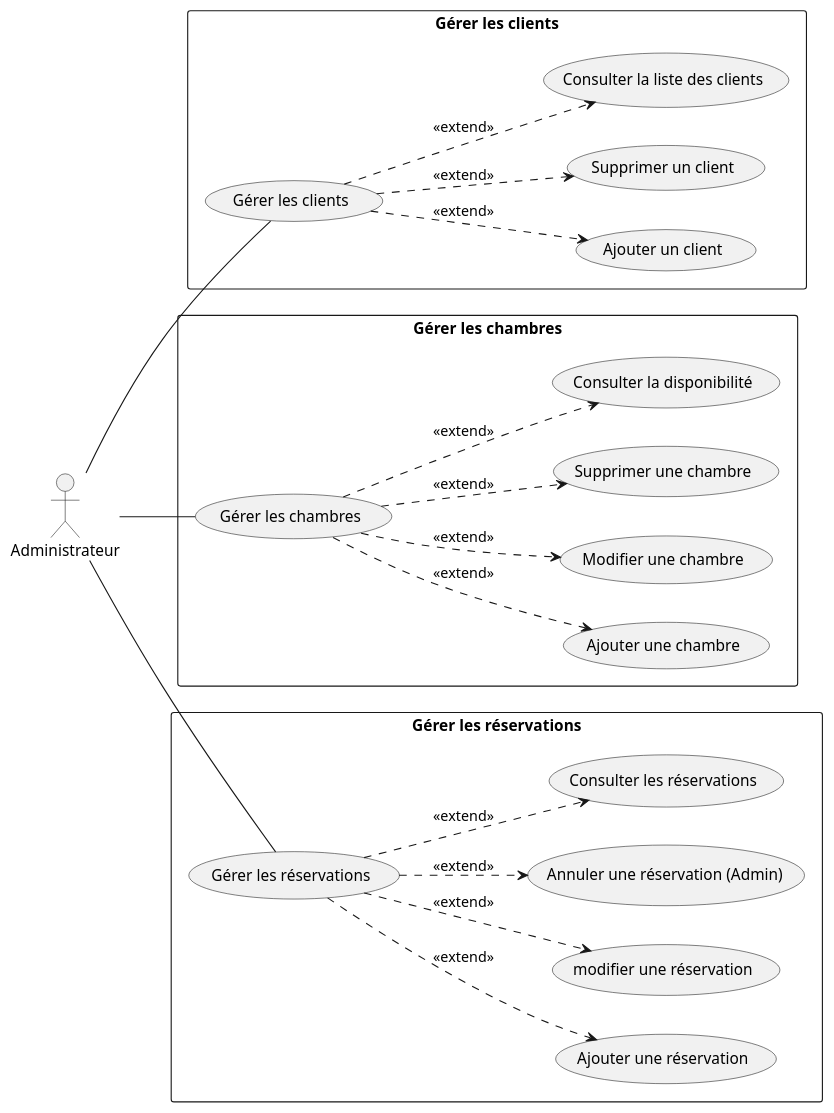
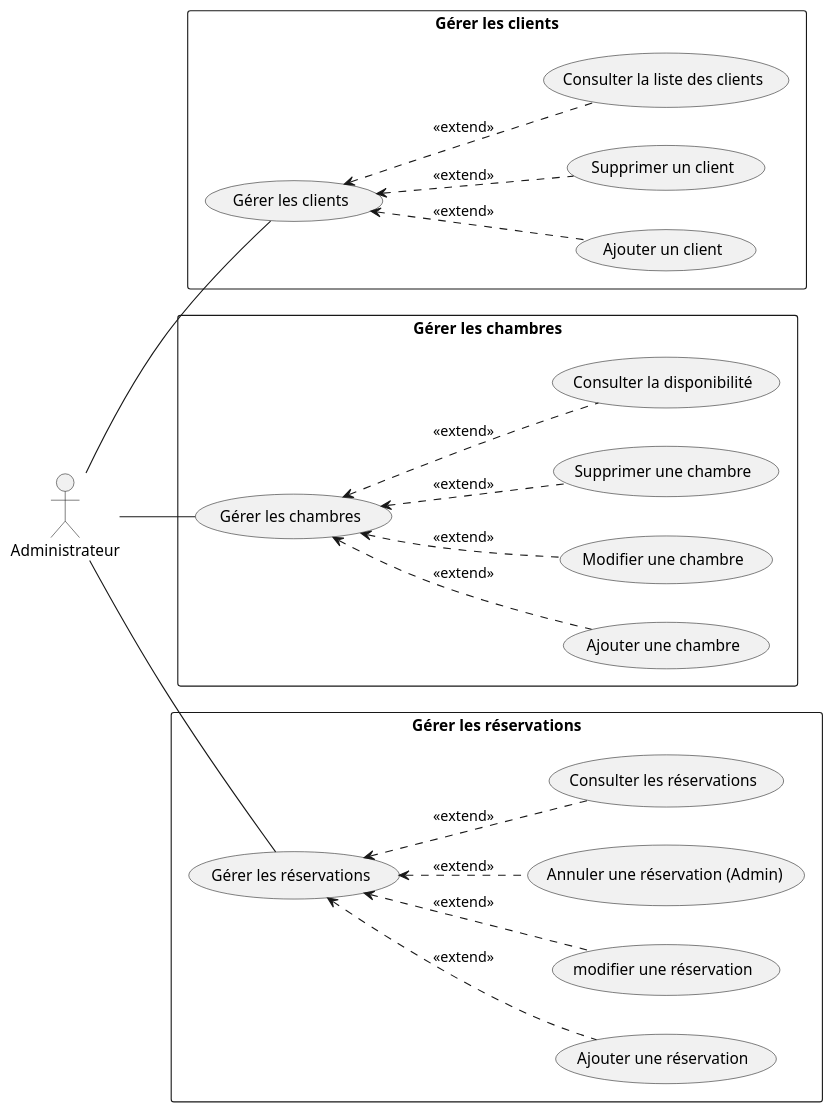
Before and after one commit to ilefmarouani/GithubAGL: the diagram in Diagrammes/raffinement_cas_utilisation.pu, drawn with PlantUML.

```diff
--- a/Diagrammes/raffinement_cas_utilisation.pu
+++ b/Diagrammes/raffinement_cas_utilisation.pu
@@ -1,48 +1,48 @@
 @startuml
 left to right direction
 
 actor Administrateur
 
 rectangle "Gérer les clients" {
   usecase "Gérer les clients" as UC6
   usecase "Ajouter un client" as UC6_1
   
   usecase "Supprimer un client" as UC6_3
   usecase "Consulter la liste des clients" as UC6_4
   
-  UC6 ..> UC6_1 : <<extend>>
+  UC6 <.. UC6_1 : <<extend>>
   
-  UC6 ..> UC6_3 : <<extend>>
-  UC6 ..> UC6_4 : <<extend>>
+  UC6 <.. UC6_3 : <<extend>>
+  UC6 <.. UC6_4 : <<extend>>
 }
 
 rectangle "Gérer les chambres" {
   usecase "Gérer les chambres" as UC7
   usecase "Ajouter une chambre" as UC7_1
    usecase "Modifier une chambre" as UC7_2
   usecase "Supprimer une chambre" as UC7_3
   usecase "Consulter la disponibilité" as UC7_4
 
-  UC7 ..> UC7_1 : <<extend>>
-  UC7 ..> UC7_2 : <<extend>>
-  UC7 ..> UC7_3 : <<extend>>
-  UC7 ..> UC7_4 : <<extend>>
+  UC7 <.. UC7_1 : <<extend>>
+  UC7 <.. UC7_2 : <<extend>>
+  UC7 <.. UC7_3 : <<extend>>
+  UC7 <.. UC7_4 : <<extend>>
 }
 
 rectangle "Gérer les réservations" {
   usecase "Gérer les réservations" as UC8
   usecase "Ajouter une réservation" as UC8_1
   usecase "modifier une réservation" as UC8_2
   usecase "Annuler une réservation (Admin)" as UC8_3
   usecase "Consulter les réservations" as UC8_4
 
-  UC8 ..> UC8_1 : <<extend>>
-   UC8 ..> UC8_2 : <<extend>>
-  UC8 ..> UC8_3 : <<extend>>
-  UC8 ..> UC8_4 : <<extend>>
+  UC8 <.. UC8_1 : <<extend>>
+   UC8 <.. UC8_2 : <<extend>>
+  UC8 <.. UC8_3 : <<extend>>
+  UC8 <.. UC8_4 : <<extend>>
 }
 
 Administrateur -- UC6
 Administrateur -- UC7
 Administrateur -- UC8
 @enduml
```
